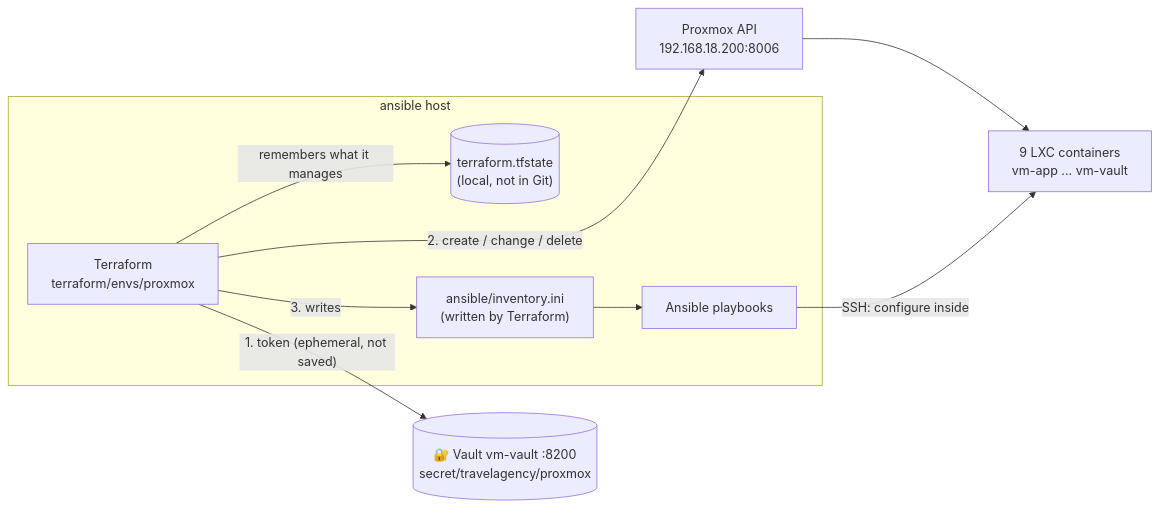
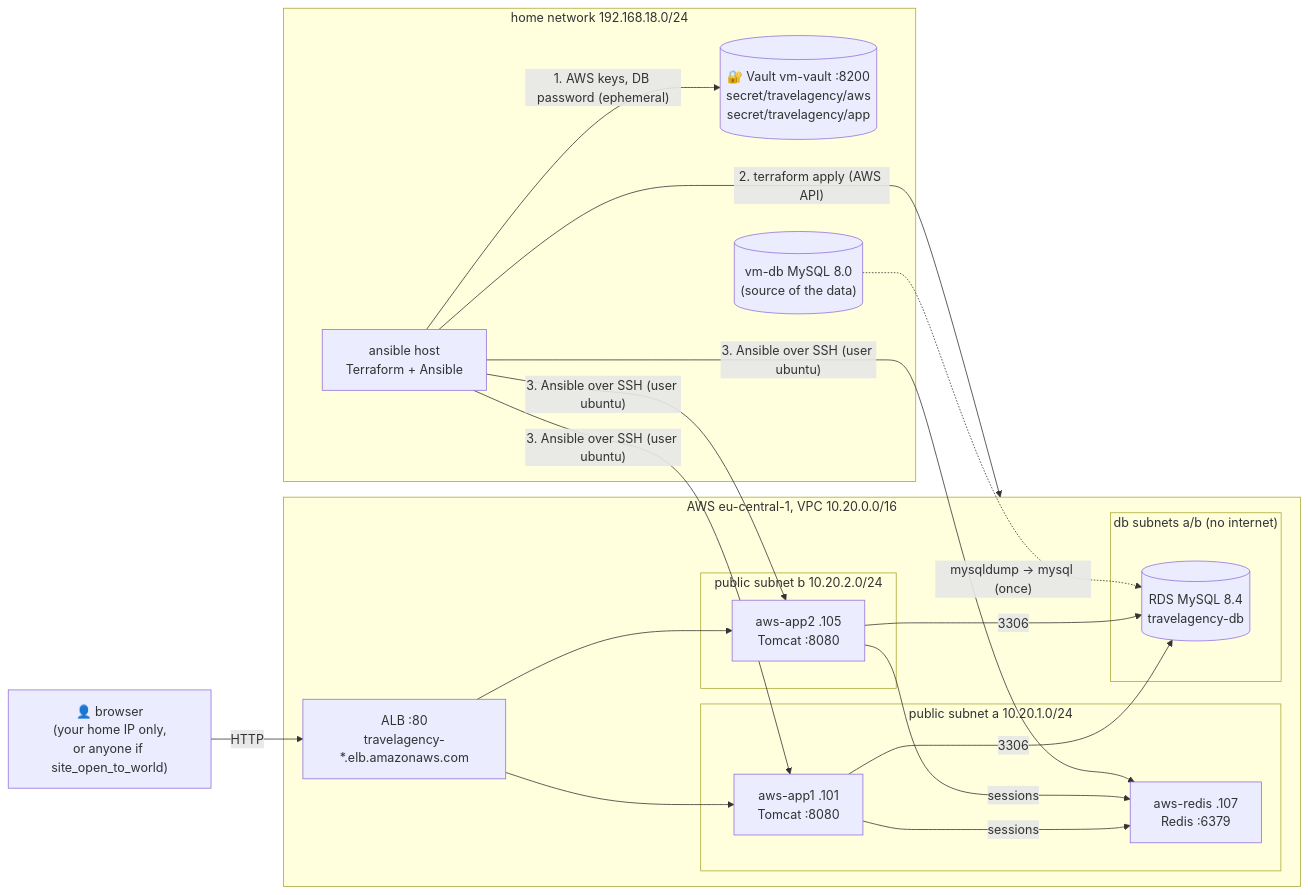
Before and after one commit to nazariybu/travelagency: the diagram in README.md, drawn with Mermaid. The commit also changed other lines of this file and 27 other files, not shown here.

Commit message:
feat(cloud): run TravelAgency in AWS with Terraform (EC2, ALB, RDS MySQL 8.4) and the same Ansible

````diff
--- a/README.md
+++ b/README.md
@@ -13,17 +16,32 @@
 ```mermaid
 flowchart LR
-  subgraph ah["ansible host"]
-    tf["Terraform<br/>terraform/envs/proxmox"]
-    st[("terraform.tfstate<br/>(local, not in Git)")]
-    inv["ansible/inventory.ini<br/>(written by Terraform)"]
-    an["Ansible playbooks"]
+  user["👤 browser<br/>(your home IP only,<br/>or anyone if site_open_to_world)"]
+
+  subgraph home["home network 192.168.18.0/24"]
+    ah["ansible host<br/>Terraform + Ansible"]
+    vault[("🔐 Vault vm-vault :8200<br/>secret/travelagency/aws<br/>secret/travelagency/app")]
+    db0[("vm-db MySQL 8.0<br/>(source of the data)")]
   end
-  vault[("🔐 Vault vm-vault :8200<br/>secret/travelagency/proxmox")]
-  px["Proxmox API<br/>192.168.18.200:8006"]
-  lxc["9 LXC containers<br/>vm-app ... vm-vault"]
 
-  tf -- "1. token (ephemeral, not saved)" --> vault
-  tf -- "2. create / change / delete" --> px --> lxc
-  tf -- "remembers what it manages" --> st
-  tf -- "3. writes" --> inv --> an -- "SSH: configure inside" --> lxc
+  subgraph aws["AWS eu-central-1, VPC 10.20.0.0/16"]
+    alb["ALB :80<br/>travelagency-*.elb.amazonaws.com"]
+    subgraph pa["public subnet a 10.20.1.0/24"]
+      app1["aws-app1 .101<br/>Tomcat :8080"]
+      redis["aws-redis .107<br/>Redis :6379"]
+    end
+    subgraph pb["public subnet b 10.20.2.0/24"]
+      app2["aws-app2 .105<br/>Tomcat :8080"]
+    end
+    subgraph dbs["db subnets a/b (no internet)"]
+      rds[("RDS MySQL 8.4<br/>travelagency-db")]
+    end
+  end
+
+  user -- HTTP --> alb --> app1 & app2
+  app1 & app2 -- sessions --> redis
+  app1 & app2 -- 3306 --> rds
+  ah -- "1. AWS keys, DB password (ephemeral)" --> vault
+  ah -- "2. terraform apply (AWS API)" --> aws
+  ah -- "3. Ansible over SSH (user ubuntu)" --> app1 & app2 & redis
+  db0 -. "mysqldump → mysql (once)" .-> rds
 ```
````
